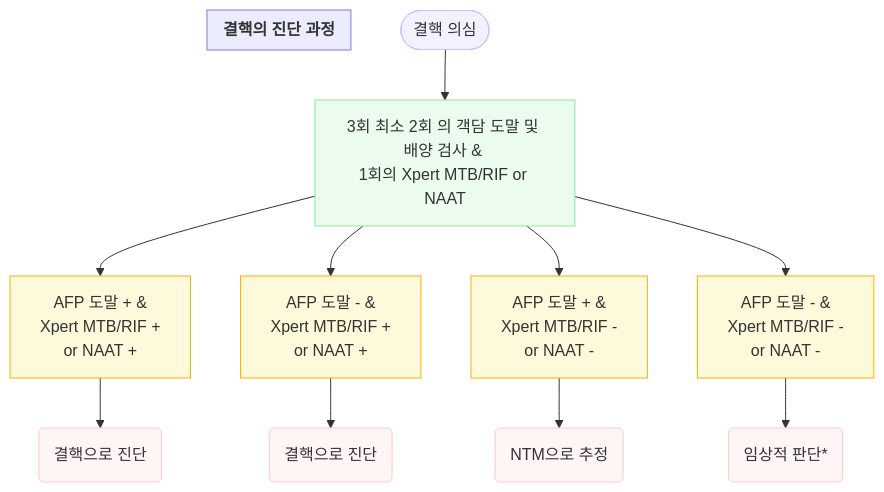
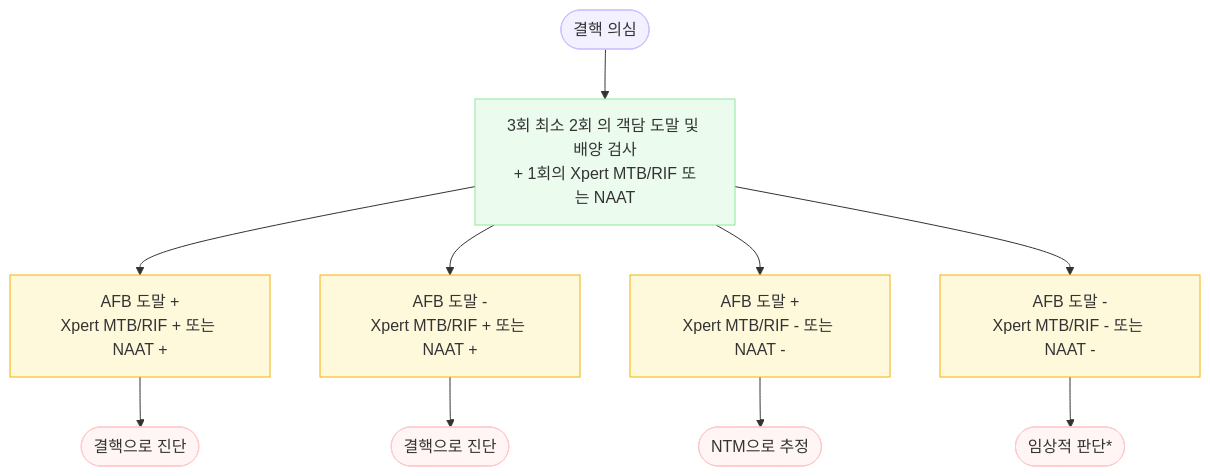
One commit to familyoh77/familyoh77 changed the first of 2 diagrams in 223_/070_-tuberculosis.md. Above: the diagram before and after it, drawn with Mermaid. The commit also changed other lines of this file, not shown here.

````diff
--- a/223_/070_-tuberculosis.md
+++ b/223_/070_-tuberculosis.md
@@ -74,45 +100,37 @@
 ```mermaid
 graph TD
-    %% 노드 정의
     Start([결핵 의심])
-    
-    Step1[3회 최소 2회 의 객담 도말 및 배양 검사 & <br/>1회의 Xpert MTB/RIF or NAAT]
-    
-    Case1[AFP 도말 + & <br/>Xpert MTB/RIF + <br/>or NAAT +]
-    Case2[AFP 도말 - & <br/>Xpert MTB/RIF + <br/>or NAAT +]
-    Case3[AFP 도말 + & <br/>Xpert MTB/RIF - <br/>or NAAT -]
-    Case4[AFP 도말 - & <br/>Xpert MTB/RIF - <br/>or NAAT -]
-    
-    Result1(결핵으로 진단)
-    Result2(결핵으로 진단)
-    Result3(NTM으로 추정)
-    Result4(임상적 판단*)
 
-    %% 연결
+    Step1["3회 최소 2회 의 객담 도말 및 배양 검사<br/>+ 1회의 Xpert MTB/RIF 또는 NAAT"]
+
+    Case1["AFB 도말 +<br/>Xpert MTB/RIF + 또는 NAAT +"]
+    Case2["AFB 도말 -<br/>Xpert MTB/RIF + 또는 NAAT +"]
+    Case3["AFB 도말 +<br/>Xpert MTB/RIF - 또는 NAAT -"]
+    Case4["AFB 도말 -<br/>Xpert MTB/RIF - 또는 NAAT -"]
+
+    Result1([결핵으로 진단])
+    Result2([결핵으로 진단])
+    Result3([NTM으로 추정])
+    Result4([임상적 판단*])
+
     Start --> Step1
     Step1 --> Case1
     Step1 --> Case2
     Step1 --> Case3
     Step1 --> Case4
-    
     Case1 --> Result1
     Case2 --> Result2
     Case3 --> Result3
     Case4 --> Result4
 
-    %% 스타일링
     style Start fill:#f3f0ff,stroke:#d0bfff
     style Step1 fill:#ebfbee,stroke:#8ce99a
     style Case1 fill:#fff9db,stroke:#fab005
     style Case2 fill:#fff9db,stroke:#fab005
     style Case3 fill:#fff9db,stroke:#fab005
     style Case4 fill:#fff9db,stroke:#fab005
     style Result1 fill:#fff5f5,stroke:#ffc9c9
     style Result2 fill:#fff5f5,stroke:#ffc9c9
     style Result3 fill:#fff5f5,stroke:#ffc9c9
     style Result4 fill:#fff5f5,stroke:#ffc9c9
-
-    %% 하단 설명 (Annotation)
-    subgraph Legend [<b>결핵의 진단 과정</b>]
-    end
 ```
````
